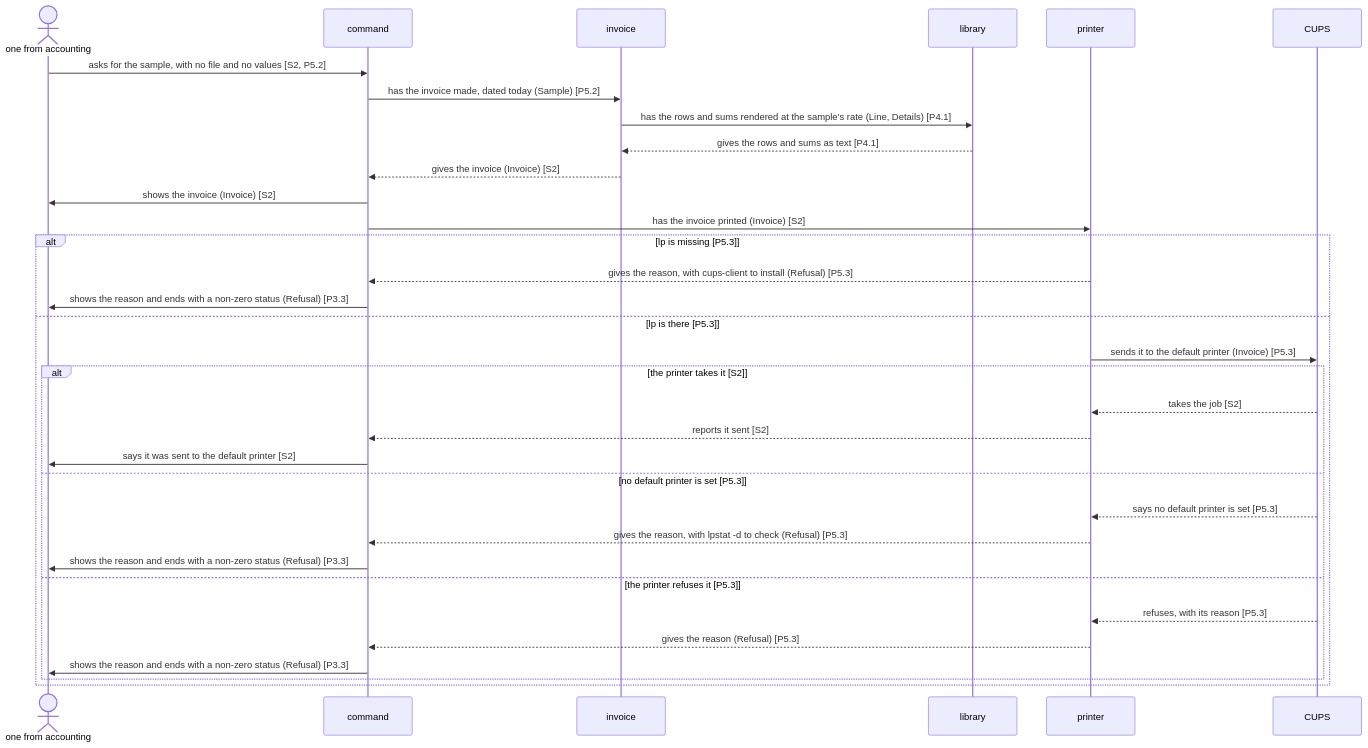
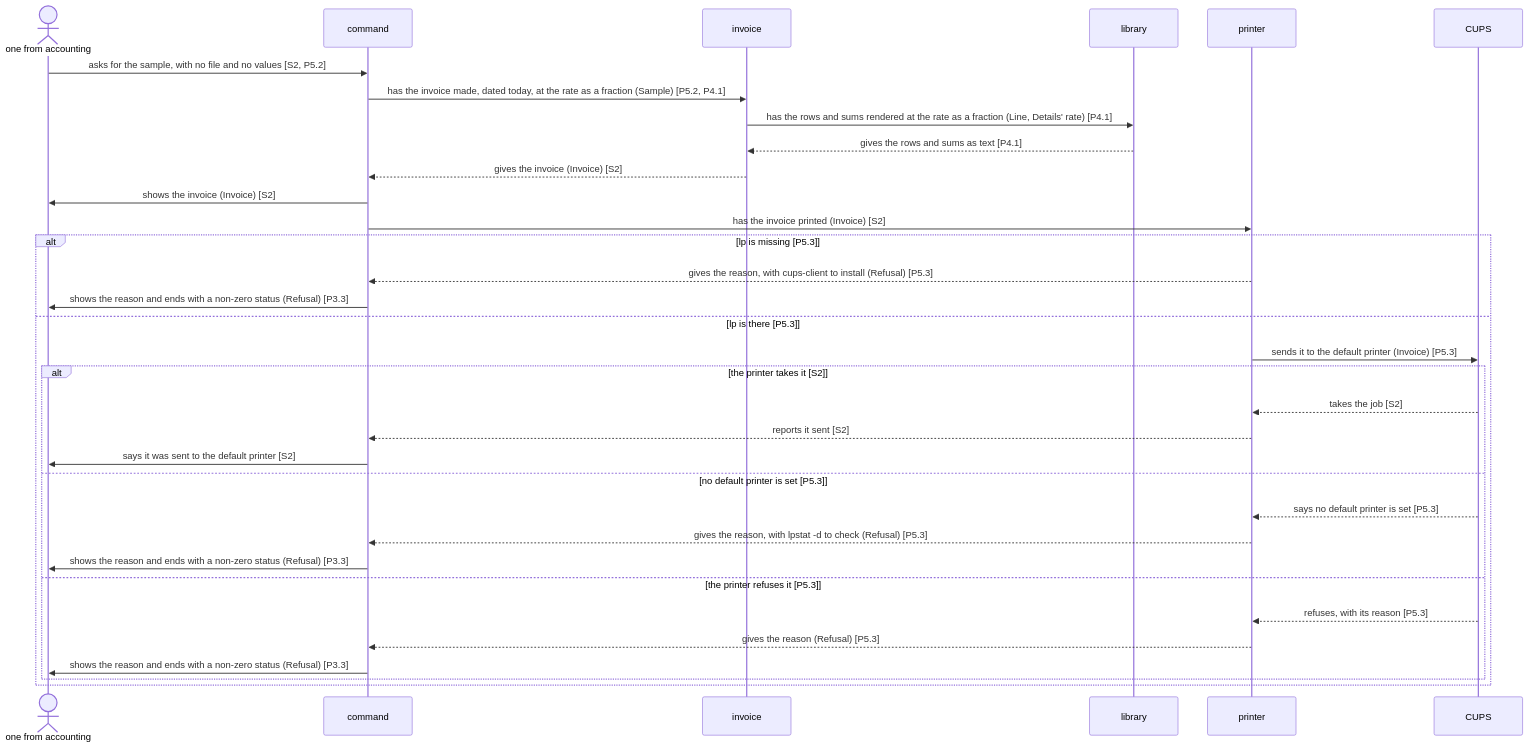
One commit to lovaizu/playground changed the second of 4 diagrams in docs/architecture.md. Above: the diagram before and after it, drawn with Mermaid. The commit also changed other lines of this file and 2 other files, not shown here.

Commit message:
Architecture: the command owns the rate's conversion, and the checks' places

````diff
--- a/docs/architecture.md
+++ b/docs/architecture.md
@@ -155,35 +161,35 @@
 ```mermaid
 sequenceDiagram
   actor U as one from accounting
   participant C as command
   participant I as invoice
   participant L as library
   participant P as printer
   participant Q as CUPS
   U->>C: asks for the sample, with no file and no values [S2, P5.2]
-  C->>I: has the invoice made, dated today (Sample) [P5.2]
-  I->>L: has the rows and sums rendered at the sample's rate (Line, Details) [P4.1]
+  C->>I: has the invoice made, dated today, at the rate as a fraction (Sample) [P5.2, P4.1]
+  I->>L: has the rows and sums rendered at the rate as a fraction (Line, Details' rate) [P4.1]
   L-->>I: gives the rows and sums as text [P4.1]
   I-->>C: gives the invoice (Invoice) [S2]
   C->>U: shows the invoice (Invoice) [S2]
   C->>P: has the invoice printed (Invoice) [S2]
   alt lp is missing [P5.3]
     P-->>C: gives the reason, with cups-client to install (Refusal) [P5.3]
     C->>U: shows the reason and ends with a non-zero status (Refusal) [P3.3]
   else lp is there [P5.3]
     P->>Q: sends it to the default printer (Invoice) [P5.3]
     alt the printer takes it [S2]
       Q-->>P: takes the job [S2]
       P-->>C: reports it sent [S2]
       C->>U: says it was sent to the default printer [S2]
     else no default printer is set [P5.3]
       Q-->>P: says no default printer is set [P5.3]
       P-->>C: gives the reason, with lpstat -d to check (Refusal) [P5.3]
       C->>U: shows the reason and ends with a non-zero status (Refusal) [P3.3]
     else the printer refuses it [P5.3]
       Q-->>P: refuses, with its reason [P5.3]
       P-->>C: gives the reason (Refusal) [P5.3]
       C->>U: shows the reason and ends with a non-zero status (Refusal) [P3.3]
     end
   end
 ```
````
